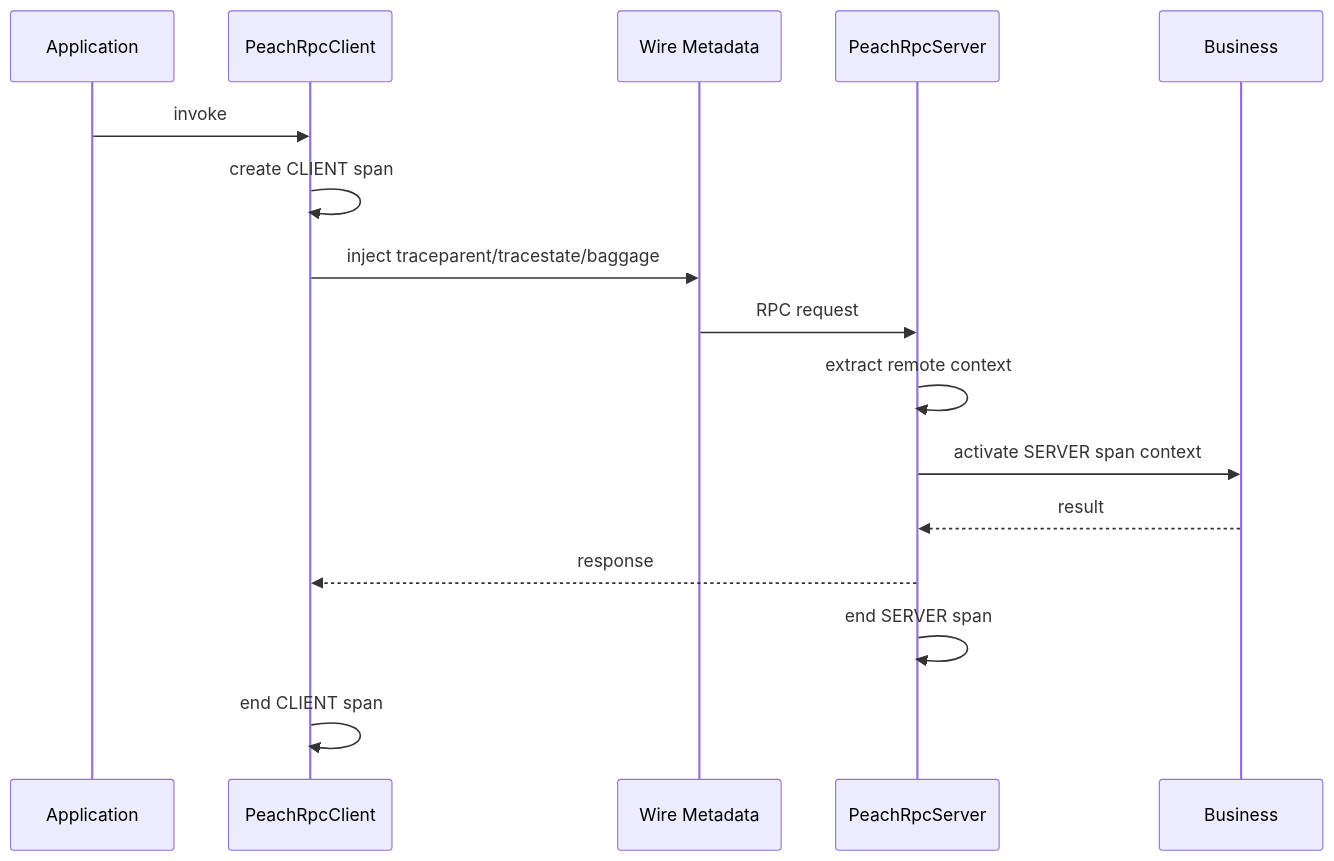
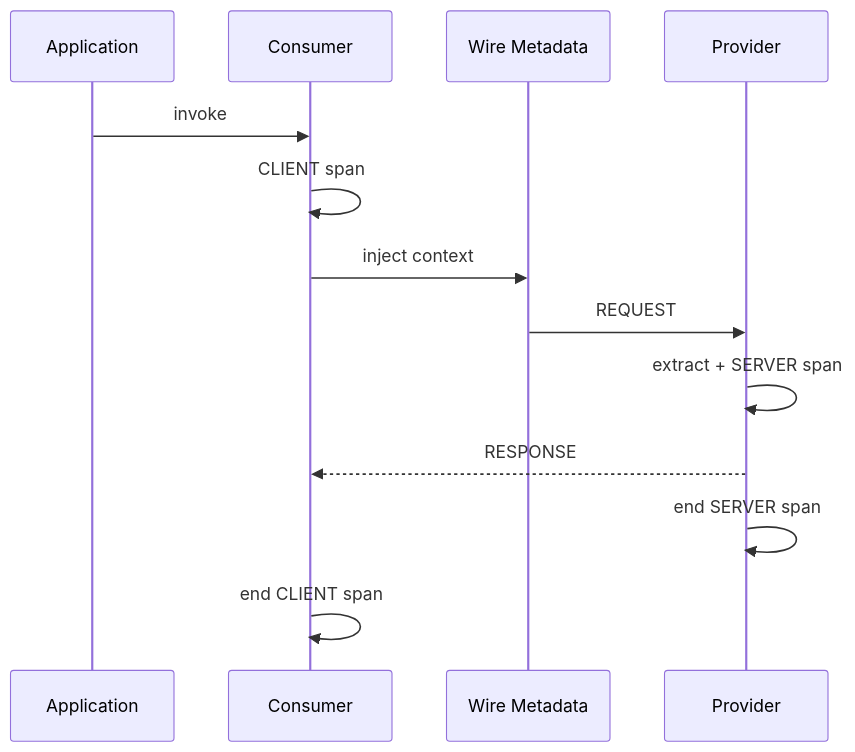
Before and after one commit to Ryan-Guizhou/peach-rpc: the second of 2 diagrams in docs/observability.md, drawn with Mermaid. The commit also changed other lines of this file, not shown here.

````diff
--- a/docs/observability.md
+++ b/docs/observability.md
@@ -81,19 +97,16 @@
-~~~mermaid
+```mermaid
 sequenceDiagram
     participant A as Application
-    participant C as PeachRpcClient
+    participant C as Consumer
     participant W as Wire Metadata
-    participant S as PeachRpcServer
-    participant B as Business
+    participant P as Provider
 
     A->>C: invoke
-    C->>C: create CLIENT span
-    C->>W: inject traceparent/tracestate/baggage
-    W->>S: RPC request
-    S->>S: extract remote context
-    S->>B: activate SERVER span context
-    B-->>S: result
-    S-->>C: response
-    S->>S: end SERVER span
+    C->>C: CLIENT span
+    C->>W: inject context
+    W->>P: REQUEST
+    P->>P: extract + SERVER span
+    P-->>C: RESPONSE
+    P->>P: end SERVER span
     C->>C: end CLIENT span
-~~~
+```
````
